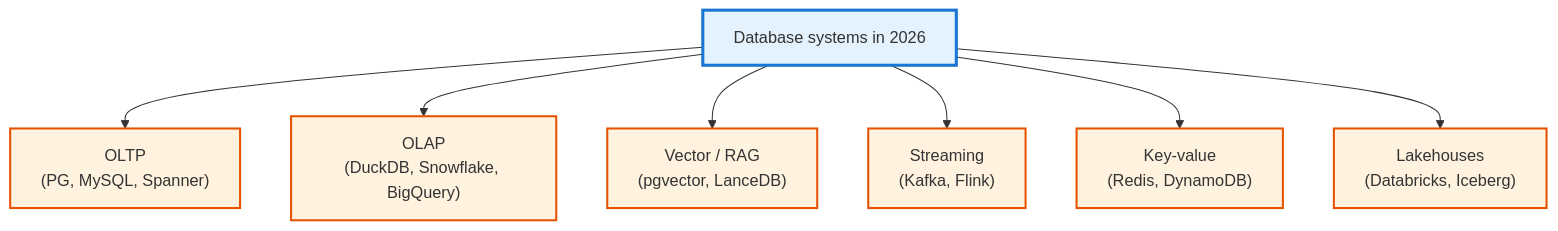
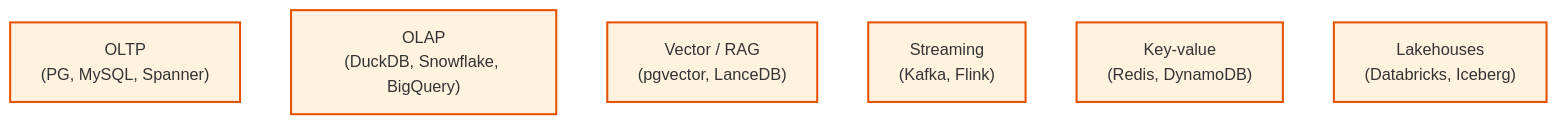
One commit to ufdatastudio/cop5725fa26 changed diagram 12 of 14 in lecture-outlines/day39-recovery-distributed-modern/slides.md. Above: the diagram before and after it, drawn with Mermaid. The commit also changed other lines of this file and 50 other files, not shown here.

````diff
--- a/lecture-outlines/day39-recovery-distributed-modern/slides.md
+++ b/lecture-outlines/day39-recovery-distributed-modern/slides.md
@@ -469,14 +482,11 @@
 ```mermaid
 graph TB
-  M["Database systems in 2026"]
-  M --> OLTP["OLTP<br/>(PG, MySQL, Spanner)"]
-  M --> OLAP["OLAP<br/>(DuckDB, Snowflake, BigQuery)"]
-  M --> Vec["Vector / RAG<br/>(pgvector, LanceDB)"]
-  M --> Stream["Streaming<br/>(Kafka, Flink)"]
-  M --> KV["Key-value<br/>(Redis, DynamoDB)"]
-  M --> Lake["Lakehouses<br/>(Databricks, Iceberg)"]
-  classDef root fill:#e3f2fd,stroke:#1976d2,stroke-width:3px
+  OLTP["OLTP<br/>(PG, MySQL, Spanner)"]
+  OLAP["OLAP<br/>(DuckDB, Snowflake, BigQuery)"]
+  Vec["Vector / RAG<br/>(pgvector, LanceDB)"]
+  Stream["Streaming<br/>(Kafka, Flink)"]
+  KV["Key-value<br/>(Redis, DynamoDB)"]
+  Lake["Lakehouses<br/>(Databricks, Iceberg)"]
   classDef cat fill:#fff3e0,stroke:#e65100,stroke-width:2px
-  class M root
   class OLTP,OLAP,Vec,Stream,KV,Lake cat
 ```
````
